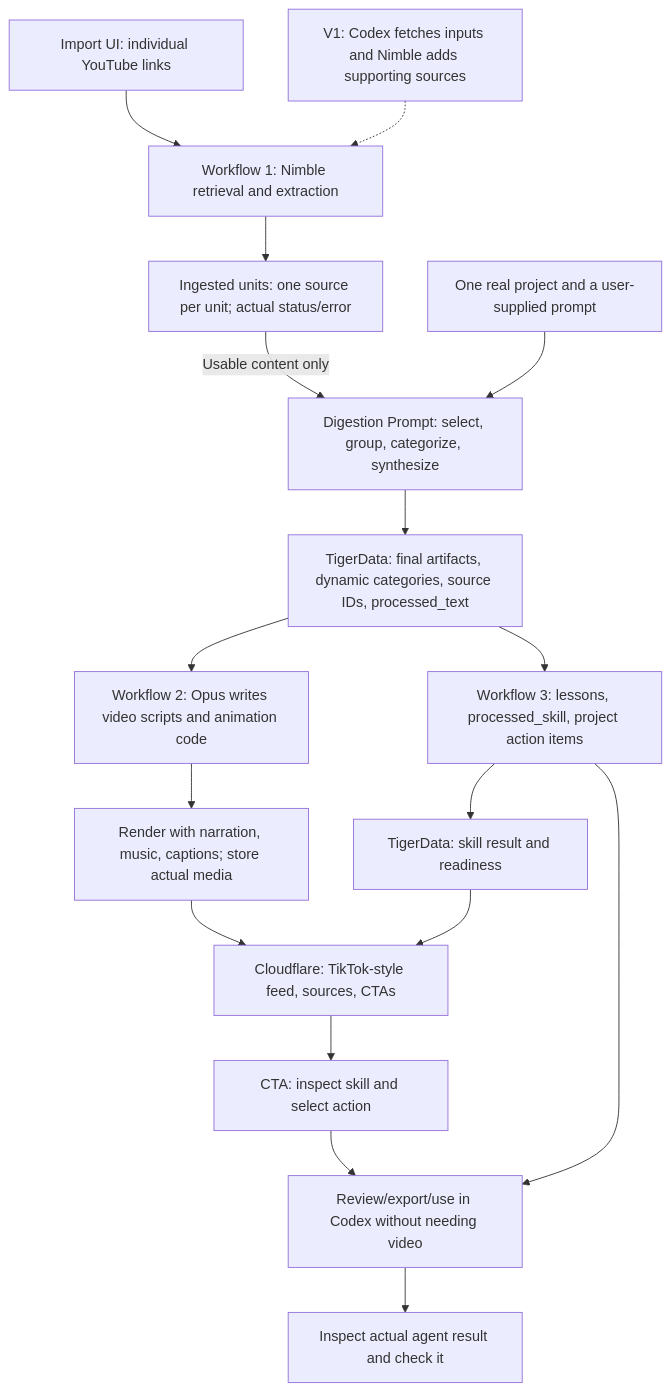
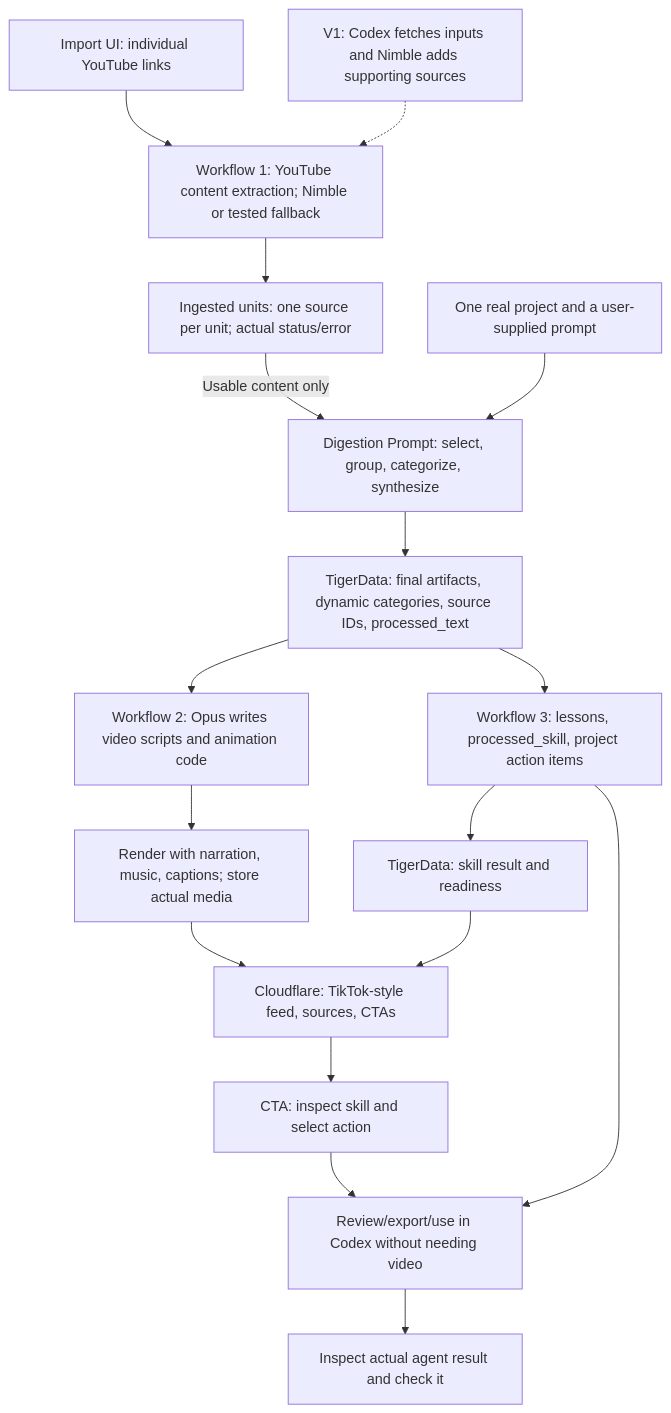
One commit to AnalystTom/Major-League-Hacking-Hack- changed the diagram in docs/project-actions-spec.md. Above: the diagram before and after it, drawn with Mermaid. The commit also changed other lines of this file, not shown here.

Commit message:
docs: record Nimble ingestion test and Gemini fallback

````diff
--- a/docs/project-actions-spec.md
+++ b/docs/project-actions-spec.md
@@ -56,19 +56,19 @@
 ```mermaid
 flowchart TD
-  R["Import UI: individual YouTube links"] --> I["Workflow 1: Nimble retrieval and extraction"]
+  R["Import UI: individual YouTube links"] --> I["Workflow 1: YouTube content extraction; Nimble or tested fallback"]
   I --> U["Ingested units: one source per unit; actual status/error"]
   U -->|Usable content only| D["Digestion Prompt: select, group, categorize, synthesize"]
   P["One real project and a user-supplied prompt"] --> D
   D --> T["TigerData: final artifacts, dynamic categories, source IDs, processed_text"]
   T --> V["Workflow 2: Opus writes video scripts and animation code"]
   V --> M["Render with narration, music, captions; store actual media"]
   M --> F["Cloudflare: TikTok-style feed, sources, CTAs"]
   T --> S["Workflow 3: lessons, processed_skill, project action items"]
   S --> K["TigerData: skill result and readiness"]
   K --> F
   S --> X["Review/export/use in Codex without needing video"]
   F --> C["CTA: inspect skill and select action"]
   C --> X
   X --> Q["Inspect actual agent result and check it"]
   L["V1: Codex fetches inputs and Nimble adds supporting sources"] -.-> I
 ```
````
